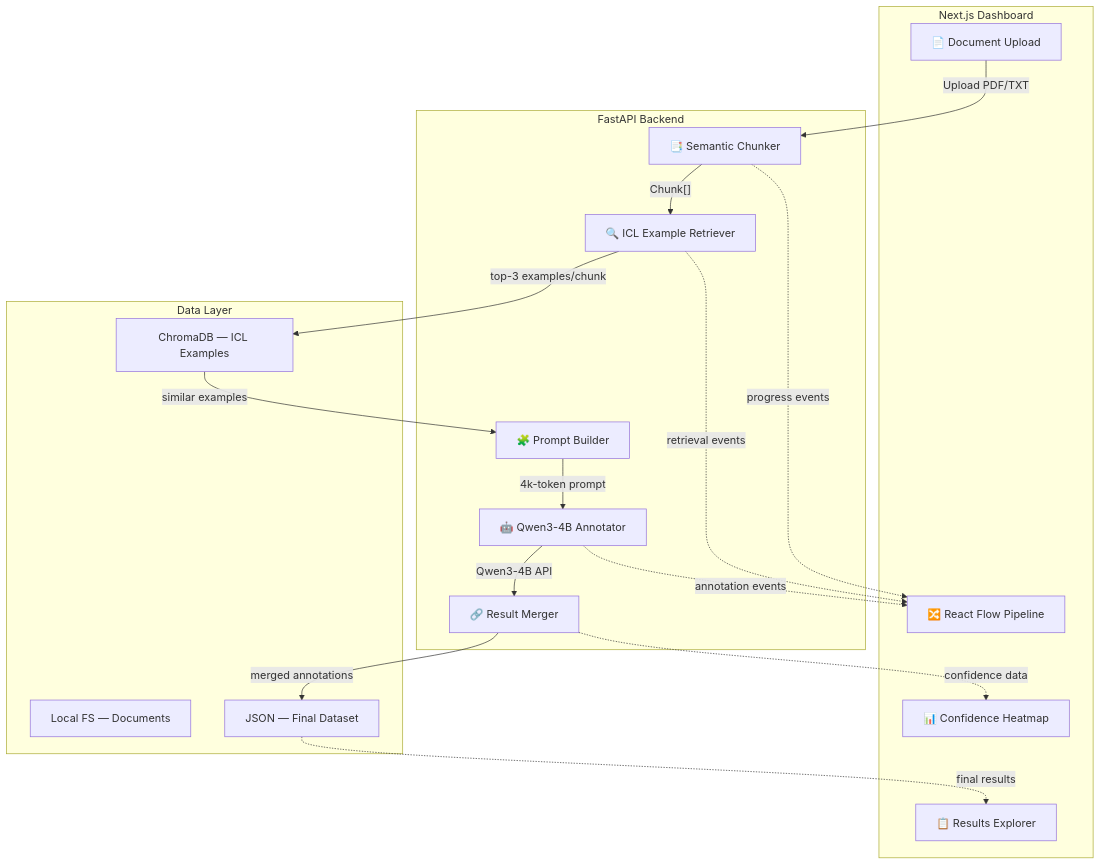
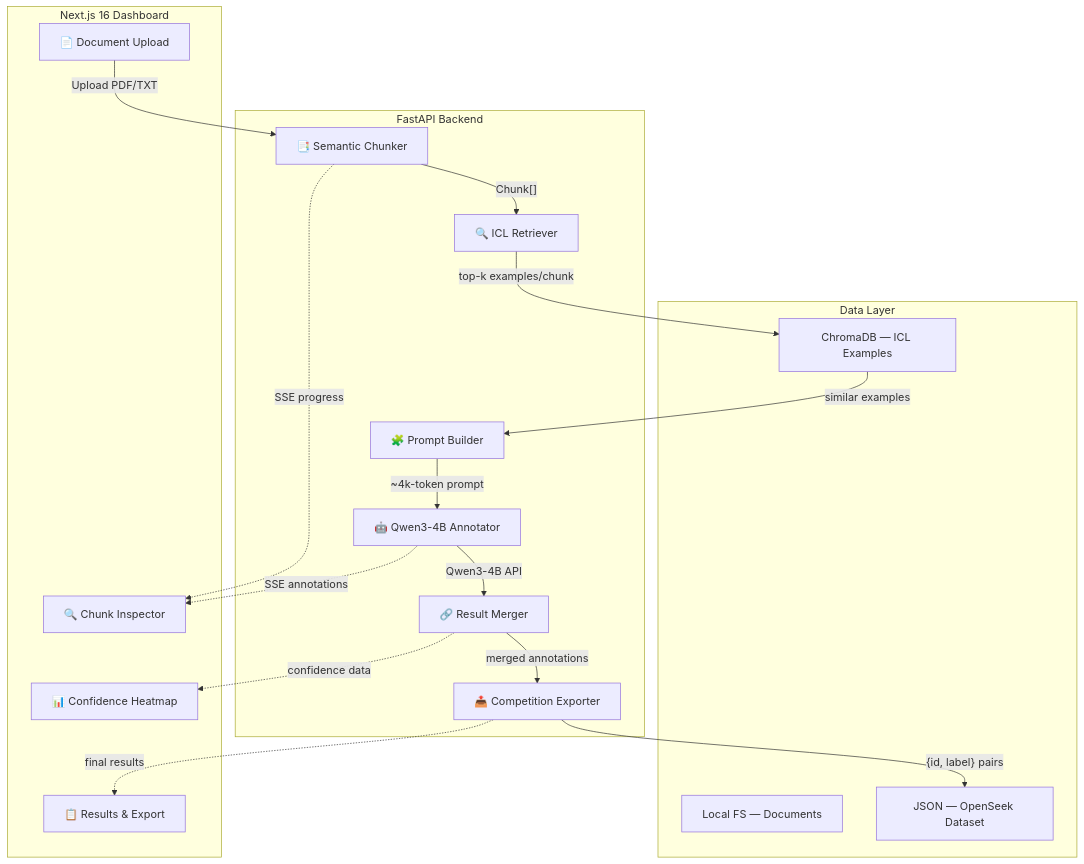
Before and after one commit to edycutjong/ContextWeaver: the first of 2 diagrams in README.md, drawn with Mermaid. The commit also changed other lines of this file and 11 other files, not shown here.

Commit message:
feat: implement dynamic ICL prompt builder with similarity-based filtering and token budget management

````diff
--- a/README.md
+++ b/README.md
@@ -44,37 +55,38 @@
 ```mermaid
 graph TB
-    subgraph "Next.js Dashboard"
+    subgraph "Next.js 16 Dashboard"
         A["📄 Document Upload"]
-        B["🔀 React Flow Pipeline"]
+        B["🔍 Chunk Inspector"]
         C["📊 Confidence Heatmap"]
-        D["📋 Results Explorer"]
+        D["📋 Results & Export"]
     end
 
     subgraph "FastAPI Backend"
         E["📑 Semantic Chunker"]
-        F["🔍 ICL Example Retriever"]
+        F["🔍 ICL Retriever"]
         G["🧩 Prompt Builder"]
         H["🤖 Qwen3-4B Annotator"]
         I["🔗 Result Merger"]
+        J["📤 Competition Exporter"]
     end
 
     subgraph "Data Layer"
-        J["ChromaDB — ICL Examples"]
-        K["Local FS — Documents"]
-        L["JSON — Final Dataset"]
+        K["ChromaDB — ICL Examples"]
+        L["Local FS — Documents"]
+        M["JSON — OpenSeek Dataset"]
     end
 
     A -->|"Upload PDF/TXT"| E
     E -->|"Chunk[]"| F
-    F -->|"top-3 examples/chunk"| J
-    J -->|"similar examples"| G
-    G -->|"4k-token prompt"| H
+    F -->|"top-k examples/chunk"| K
+    K -->|"similar examples"| G
+    G -->|"~4k-token prompt"| H
     H -->|"Qwen3-4B API"| I
-    I -->|"merged annotations"| L
+    I -->|"merged annotations"| J
+    J -->|"{id, label} pairs"| M
 
-    E -.->|"progress events"| B
-    F -.->|"retrieval events"| B
-    H -.->|"annotation events"| B
+    E -.->|"SSE progress"| B
+    H -.->|"SSE annotations"| B
     I -.->|"confidence data"| C
-    L -.->|"final results"| D
+    J -.->|"final results"| D
 ```
````
